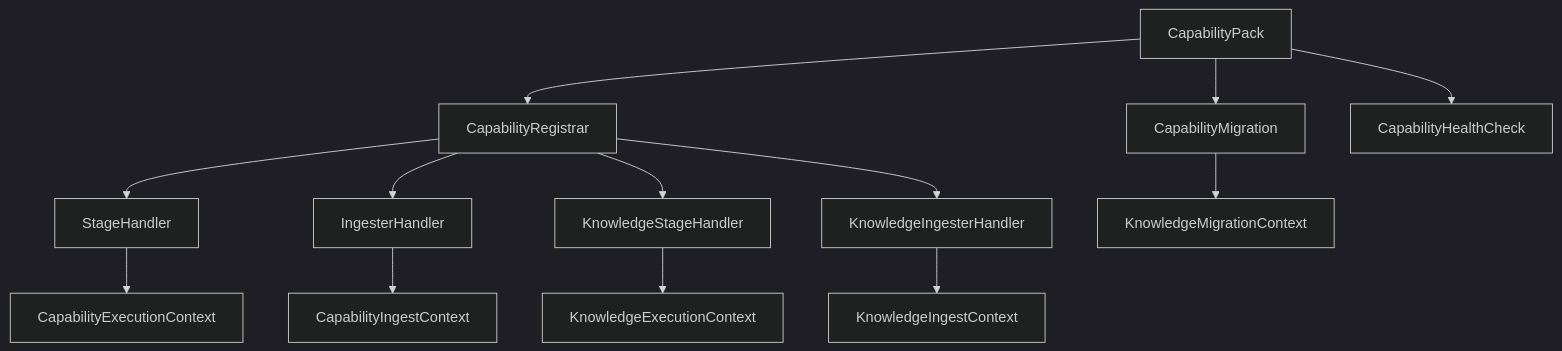
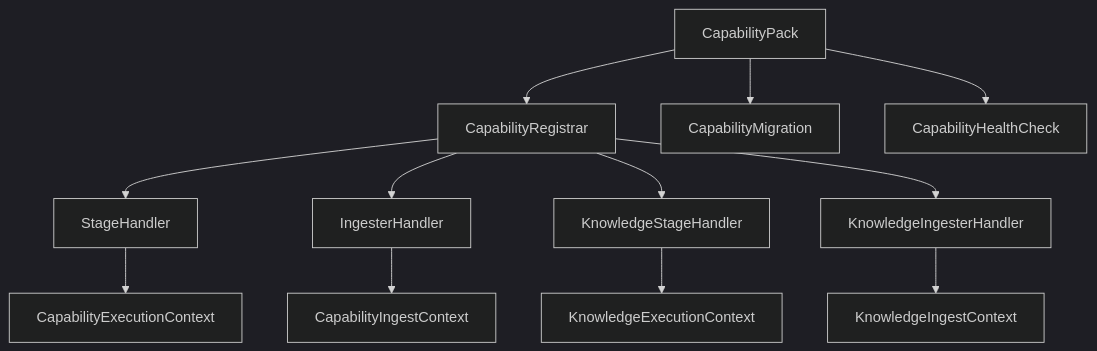
Before and after one commit to bitloops/bitloops: the diagram in docs/layered-extension-architecture-capability-packs.md, drawn with Mermaid (dark theme). The commit also changed other lines of this file and 55 other files, not shown here.

First line of the commit message:
Enhance test harness capabilities and update GraphQL schema

````diff
--- a/docs/layered-extension-architecture-capability-packs.md
+++ b/docs/layered-extension-architecture-capability-packs.md
@@ -20,29 +24,27 @@
 ```mermaid
 flowchart TD
     PACK["CapabilityPack"]
     REG["CapabilityRegistrar"]
-    CORESTAGE["StageHandler"]
-    COREINGEST["IngesterHandler"]
+    STAGE["StageHandler"]
+    INGEST["IngesterHandler"]
     KSTAGE["KnowledgeStageHandler"]
     KINGEST["KnowledgeIngesterHandler"]
-    EXECCTX["CapabilityExecutionContext"]
-    INGESTCTX["CapabilityIngestContext"]
-    KEXECCTX["KnowledgeExecutionContext"]
-    KINGESTCTX["KnowledgeIngestContext"]
+    EXEC["CapabilityExecutionContext"]
+    ING["CapabilityIngestContext"]
+    KEXEC["KnowledgeExecutionContext"]
+    KING["KnowledgeIngestContext"]
     MIG["CapabilityMigration"]
-    KMIG["KnowledgeMigrationContext"]
     HEALTH["CapabilityHealthCheck"]
 
     PACK --> REG
-    REG --> CORESTAGE
-    REG --> COREINGEST
+    REG --> STAGE
+    REG --> INGEST
     REG --> KSTAGE
     REG --> KINGEST
+    STAGE --> EXEC
+    INGEST --> ING
+    KSTAGE --> KEXEC
+    KINGEST --> KING
     PACK --> MIG
     PACK --> HEALTH
-    CORESTAGE --> EXECCTX
-    COREINGEST --> INGESTCTX
-    KSTAGE --> KEXECCTX
-    KINGEST --> KINGESTCTX
-    MIG --> KMIG
 ```
````
